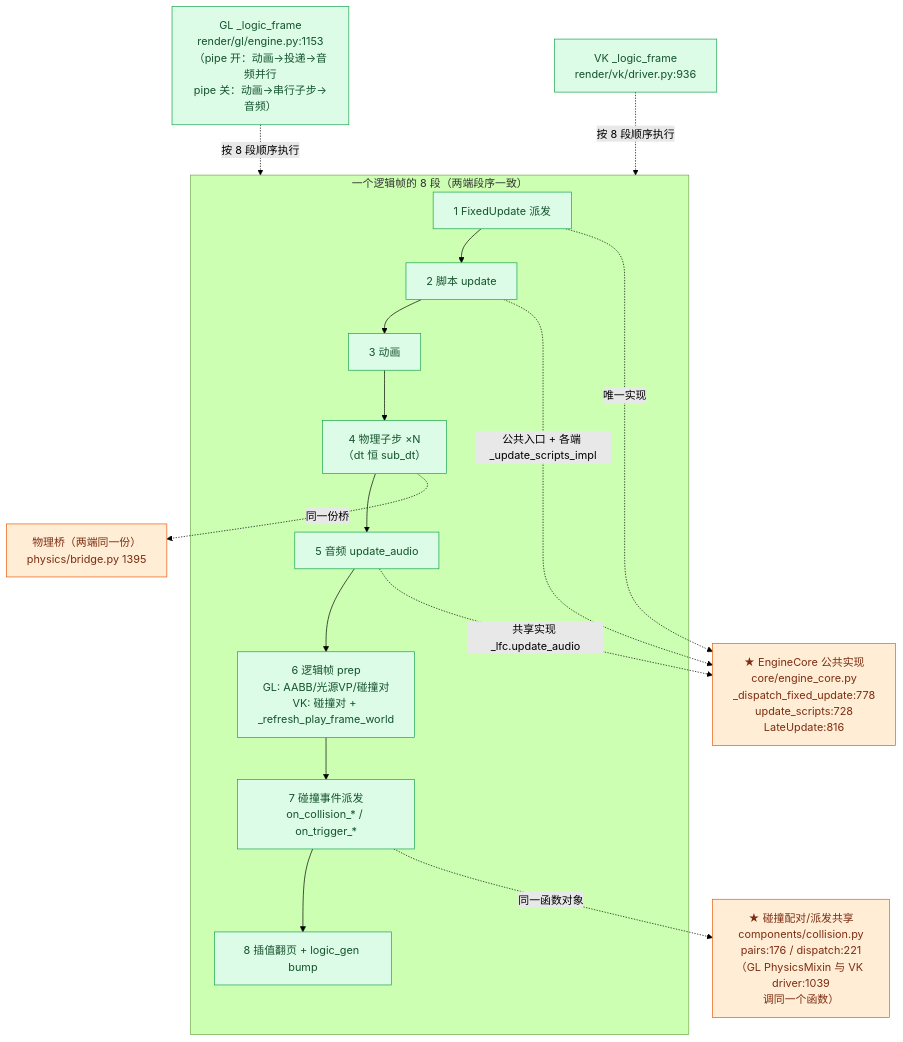
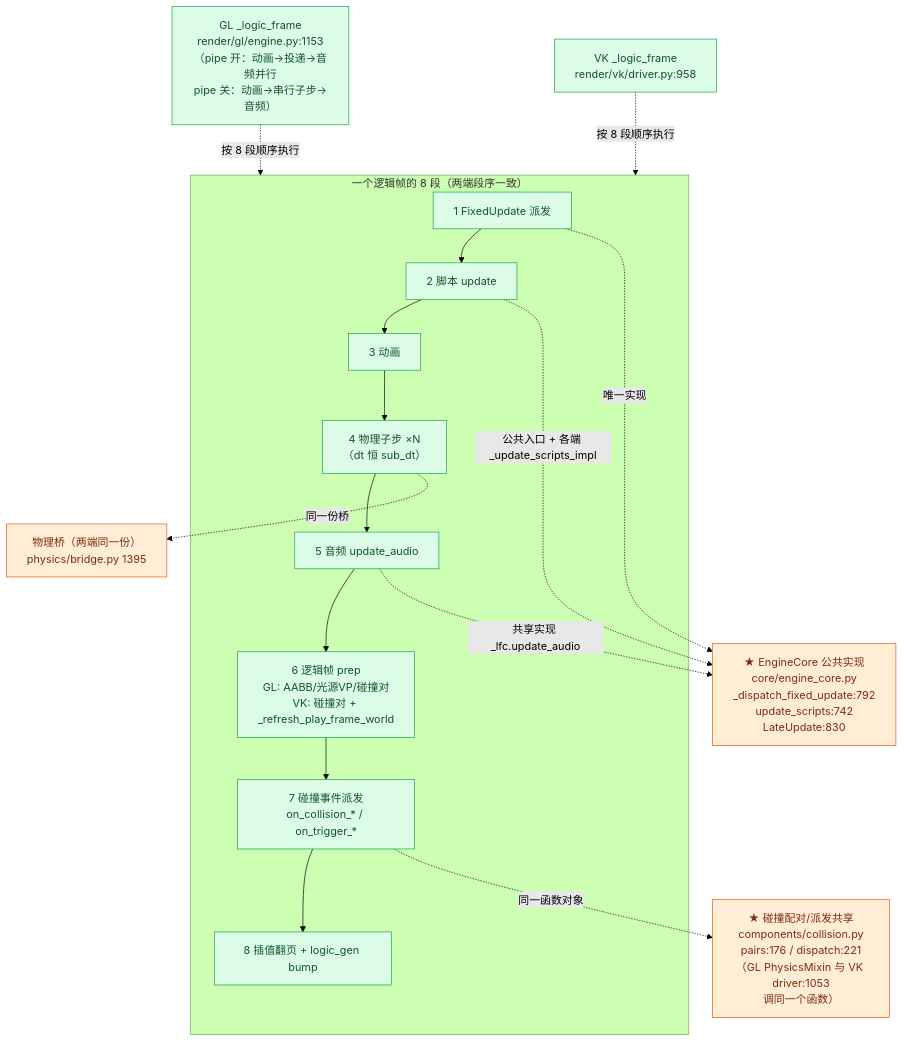
One commit to lhy302/WeaveEngine changed diagram 18 of 23 in ARCHITECTURE.md. Above: the diagram before and after it, drawn with Mermaid (forest theme). The commit also changed other lines of this file, not shown here.

Commit message:
B7-55~59 架构图同步：23 图按实况刷新（HEAD 01ca8a9；168 .py/63431 行；+7 门 + test_hub_update 106；run_all ~170 文件/6341 PASS/0 FAIL）

````diff
--- a/ARCHITECTURE.md
+++ b/ARCHITECTURE.md
@@ -1035,29 +1061,29 @@
 ```mermaid
 flowchart TB
   subgraph SEG["一个逻辑帧的 8 段（两端段序一致）"]
     S1["1 FixedUpdate 派发"]:::ok
     S2["2 脚本 update"]:::ok
     S3["3 动画"]:::ok
     S4["4 物理子步 ×N<br/>（dt 恒 sub_dt）"]:::ok
     S5["5 音频 update_audio"]:::ok
     S6["6 逻辑帧 prep<br/>GL: AABB/光源VP/碰撞对<br/>VK: 碰撞对 + _refresh_play_frame_world"]:::ok
     S7["7 碰撞事件派发<br/>on_collision_* / on_trigger_*"]:::ok
     S8["8 插值翻页 + logic_gen bump"]:::ok
     S1 --> S2 --> S3 --> S4 --> S5 --> S6 --> S7 --> S8
   end
   I1["GL _logic_frame<br/>render/gl/engine.py:1153<br/>（pipe 开：动画→投递→音频并行<br/>pipe 关：动画→串行子步→音频）"]:::impl
-  I2["VK _logic_frame<br/>render/vk/driver.py:936"]:::impl
-  I3["★ EngineCore 公共实现<br/>core/engine_core.py<br/>_dispatch_fixed_update:778<br/>update_scripts:728<br/>LateUpdate:816"]:::contract
-  I4["★ 碰撞配对/派发共享<br/>components/collision.py<br/>pairs:176 / dispatch:221<br/>（GL PhysicsMixin 与 VK driver:1039<br/>调同一个函数）"]:::contract
+  I2["VK _logic_frame<br/>render/vk/driver.py:958"]:::impl
+  I3["★ EngineCore 公共实现<br/>core/engine_core.py<br/>_dispatch_fixed_update:792<br/>update_scripts:742<br/>LateUpdate:830"]:::contract
+  I4["★ 碰撞配对/派发共享<br/>components/collision.py<br/>pairs:176 / dispatch:221<br/>（GL PhysicsMixin 与 VK driver:1053<br/>调同一个函数）"]:::contract
   I5["物理桥（两端同一份）<br/>physics/bridge.py 1395"]:::contract
   I1 -.->|按 8 段顺序执行| SEG
   I2 -.->|按 8 段顺序执行| SEG
   S1 -.->|唯一实现| I3
   S2 -.->|公共入口 + 各端 _update_scripts_impl| I3
   S5 -.->|共享实现 _lfc.update_audio| I3
   S7 -.->|同一函数对象| I4
   S4 -.->|同一份桥| I5
   classDef ok fill:#dcfce7,stroke:#16a34a,color:#14532d
   classDef impl fill:#dcfce7,stroke:#16a34a,color:#14532d
   classDef contract fill:#ffedd5,stroke:#ea580c,color:#7c2d12
 ```
````
